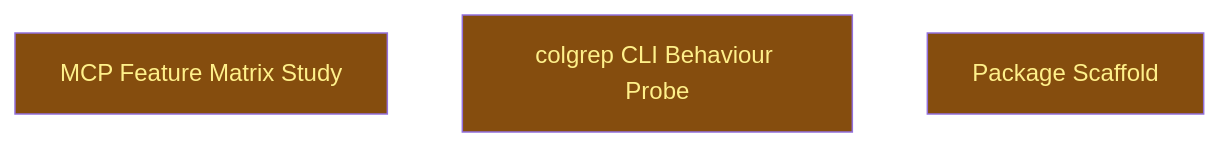
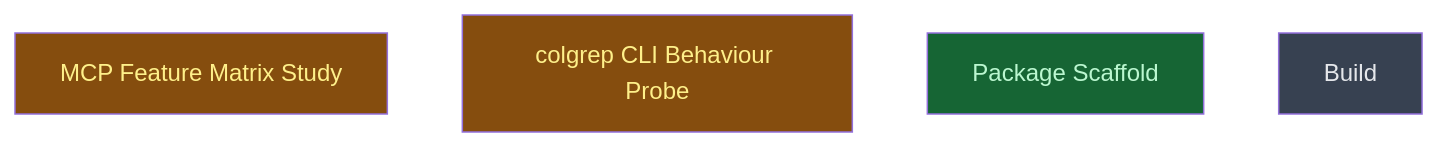
The diagram in __roadmap__/colgrep_mcp/README.md (CrackingShells/colgrep-mcp), drawn with Mermaid before and after one commit. The commit also changed other lines of this file and 1 other file, not shown here.

Commit message:
docs(roadmap): lay out build tree from adapter to release
The full BFS tree is authored up front so parallel agents can be dispatched
per level without the lead re-planning between levels.

````diff
--- a/__roadmap__/colgrep_mcp/README.md
+++ b/__roadmap__/colgrep_mcp/README.md
@@ -29,11 +29,12 @@
 ```mermaid
 graph TD
     research_mcp_features[MCP Feature Matrix Study]:::inprogress
     research_colgrep_behaviour[colgrep CLI Behaviour Probe]:::inprogress
-    scaffold_package[Package Scaffold]:::inprogress
+    scaffold_package[Package Scaffold]:::done
+    build[Build]:::planned
     classDef done       fill:#166534,color:#bbf7d0
     classDef inprogress fill:#854d0e,color:#fef08a
     classDef planned    fill:#374151,color:#e5e7eb
     classDef amendment  fill:#1e3a5f,color:#bfdbfe
     classDef blocked    fill:#7f1d1d,color:#fecaca
 ```
````
